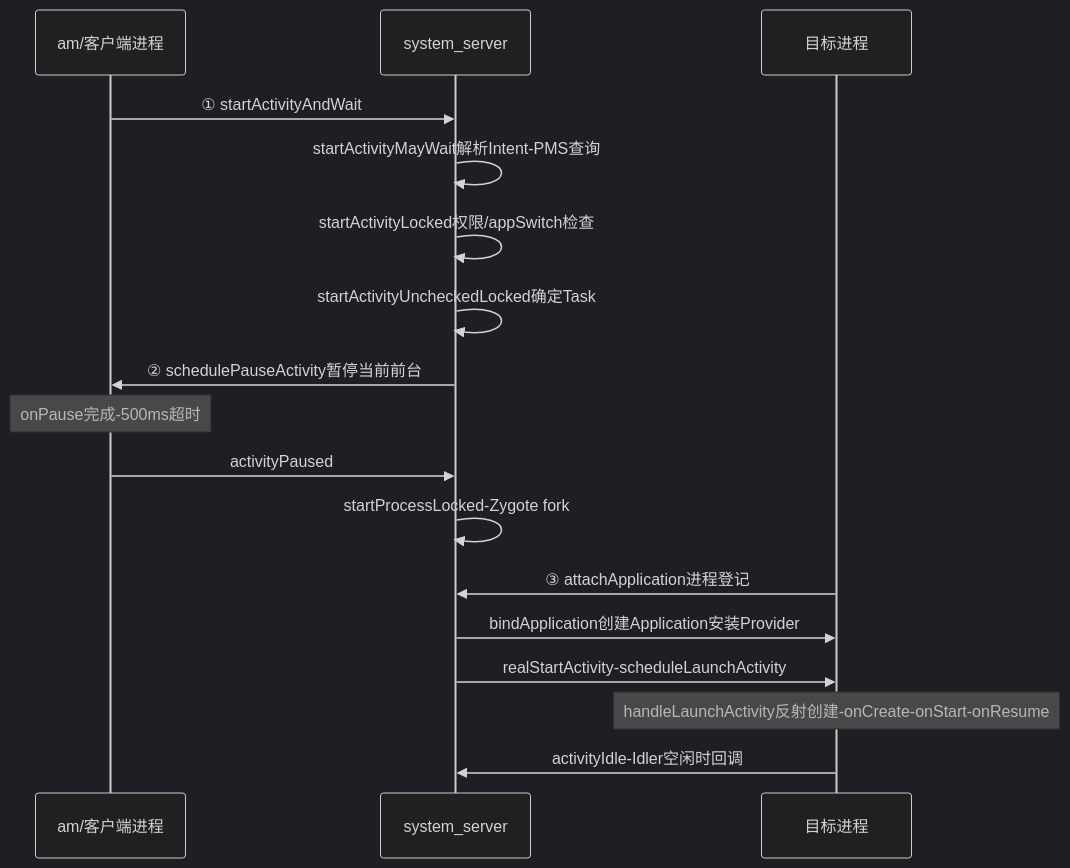
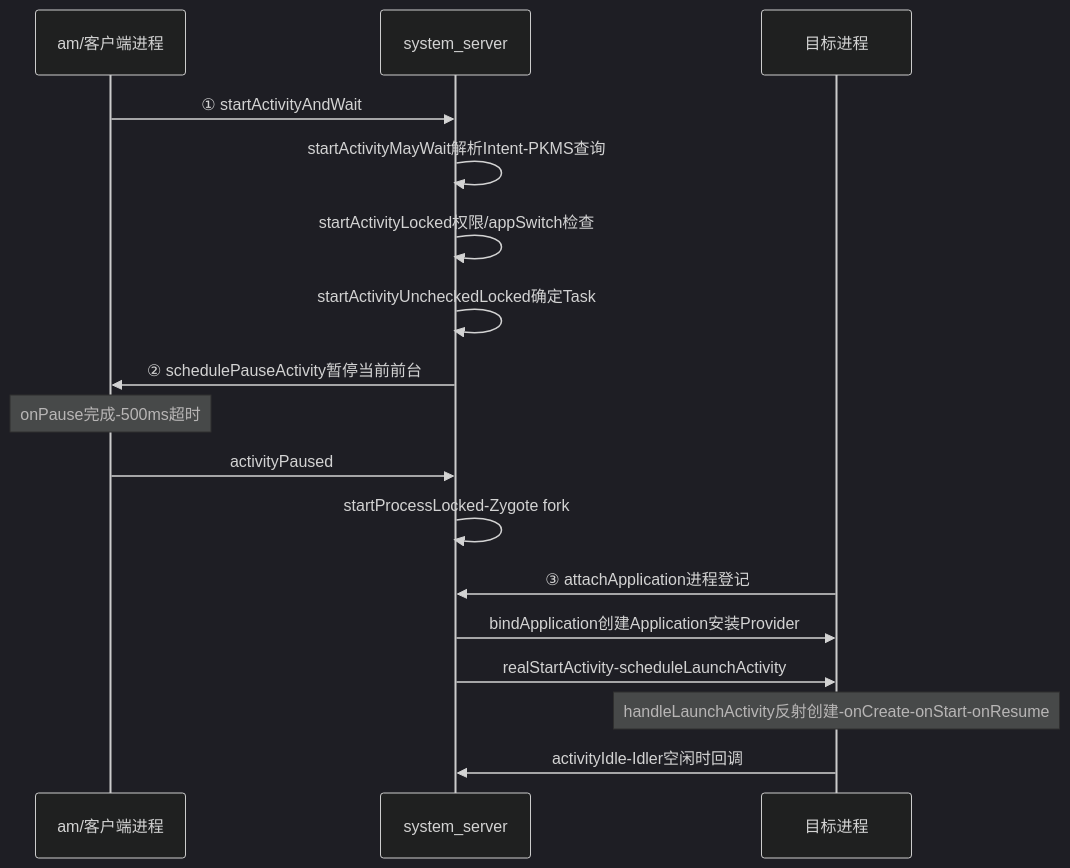
Before and after one commit to coswit/coswit.github.io: the second of 3 diagrams in Android/深入理解Android卷II/05-深入理解ActivityManagerService.md, drawn with Mermaid (dark theme). The commit also changed other lines of this file and 7 other files, not shown here.

````diff
--- a/Android/深入理解Android卷II/05-深入理解ActivityManagerService.md
+++ b/Android/深入理解Android卷II/05-深入理解ActivityManagerService.md
@@ -639,19 +657,19 @@
 ```mermaid
 sequenceDiagram
     participant App as am/客户端进程
     participant AMS as system_server
     participant New as 目标进程
     App->>AMS: ① startActivityAndWait
-    AMS->>AMS: startActivityMayWait解析Intent-PMS查询
+    AMS->>AMS: startActivityMayWait解析Intent-PKMS查询
     AMS->>AMS: startActivityLocked权限/appSwitch检查
     AMS->>AMS: startActivityUncheckedLocked确定Task
     AMS->>App: ② schedulePauseActivity暂停当前前台
     Note over App: onPause完成-500ms超时
     App->>AMS: activityPaused
     AMS->>AMS: startProcessLocked-Zygote fork
     New->>AMS: ③ attachApplication进程登记
     AMS->>New: bindApplication创建Application安装Provider
     AMS->>New: realStartActivity-scheduleLaunchActivity
     Note over New: handleLaunchActivity反射创建-onCreate-onStart-onResume
     New->>AMS: activityIdle-Idler空闲时回调
 ```
````
